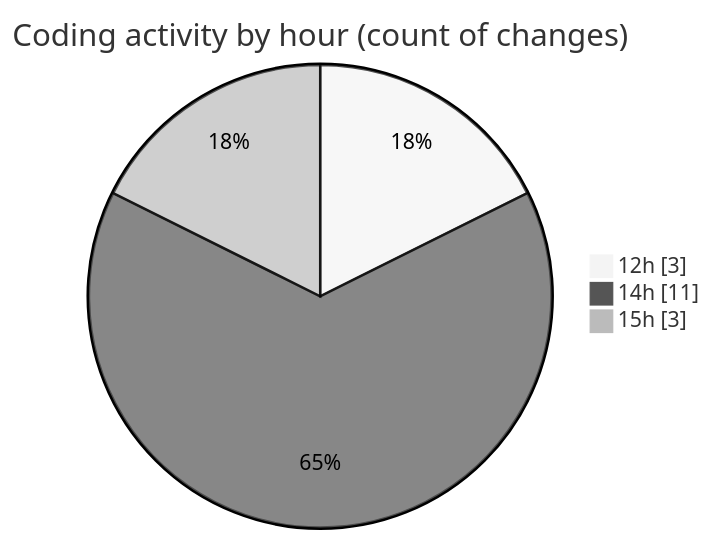
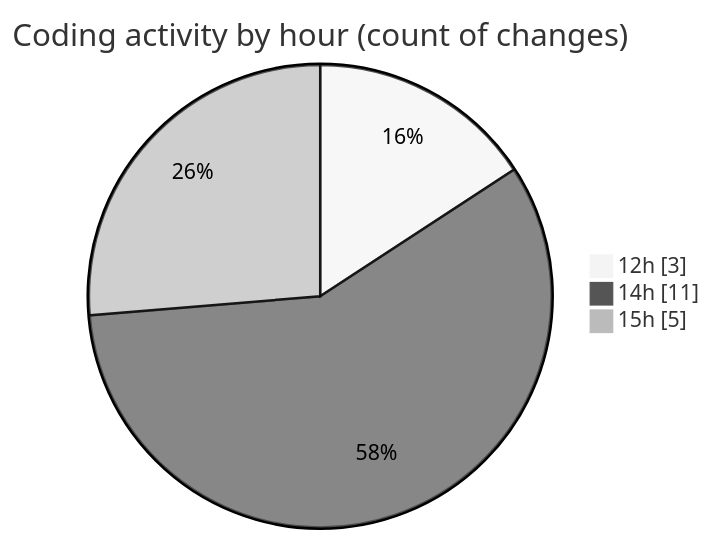
One commit to debugP/code-tracking changed the second of 2 diagrams in 2025-10-16/untitled__workspace_/README.md. Above: the diagram before and after it, drawn with Mermaid (neutral theme). The commit also changed other lines of this file and 1 other file, not shown here.

````diff
--- a/2025-10-16/untitled__workspace_/README.md
+++ b/2025-10-16/untitled__workspace_/README.md
@@ -32,7 +32,7 @@
 ```mermaid
 pie showData
 title Coding activity by hour (count of changes)
 "12h" : 3
 "14h" : 11
-"15h" : 3
+"15h" : 5
 ```
````
